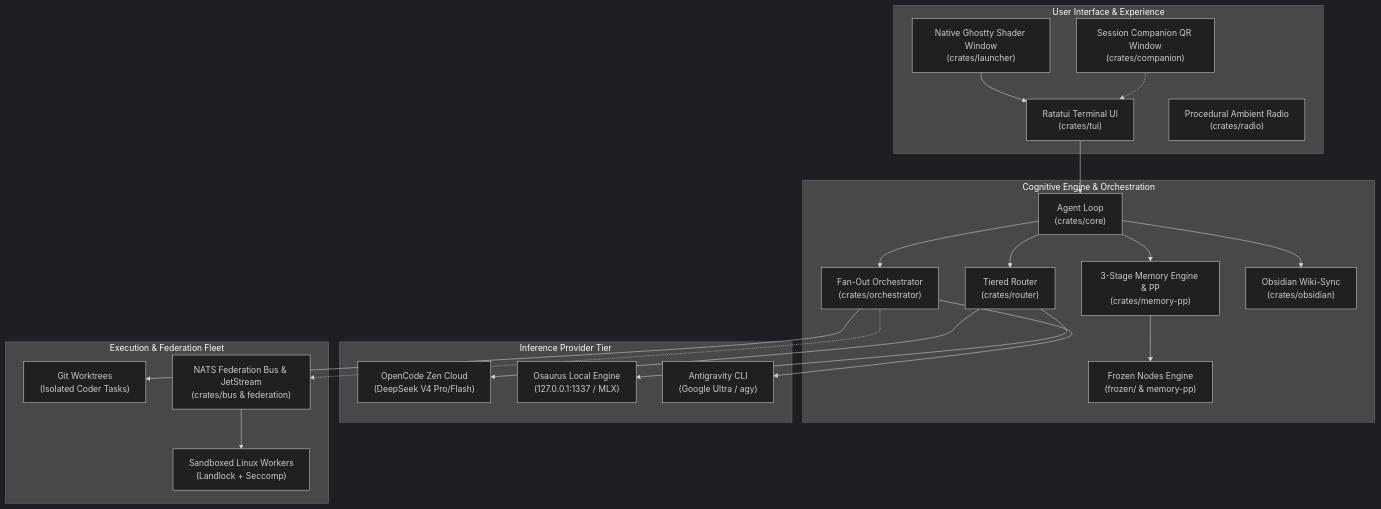
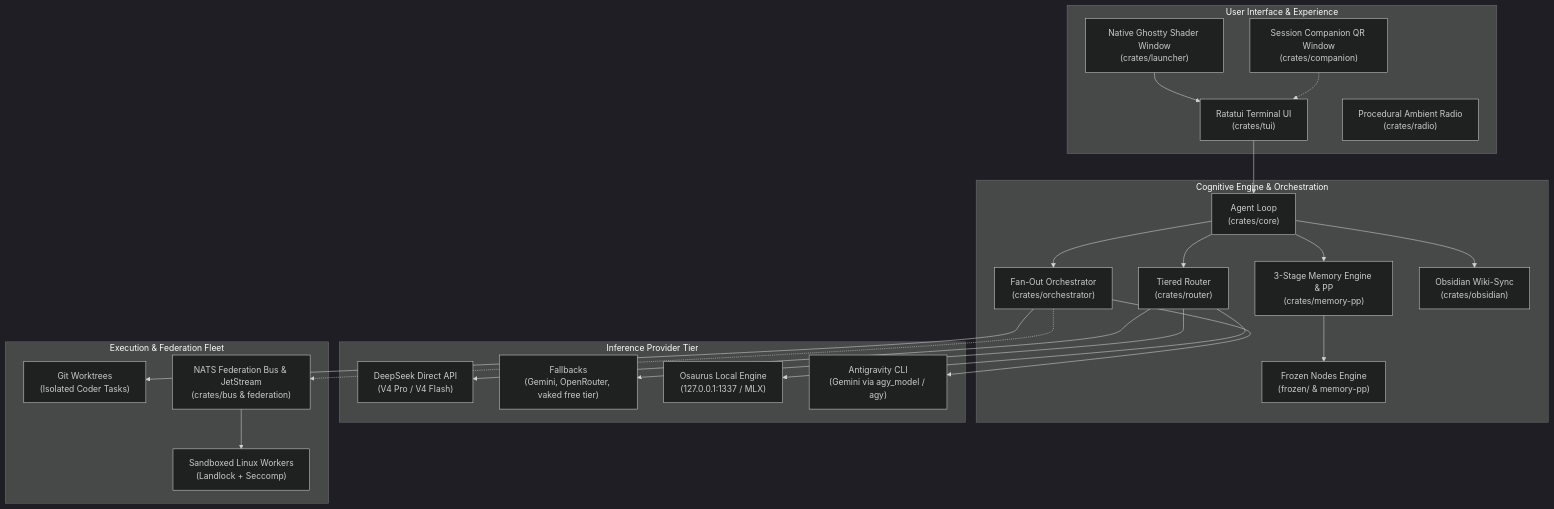
Before and after one commit to entropy-om/entheai: the first of 3 diagrams in docs/architecture.md, drawn with Mermaid (dark theme). The commit also changed other lines of this file and 34 other files, not shown here.

````diff
--- a/docs/architecture.md
+++ b/docs/architecture.md
@@ -15,45 +15,47 @@
 ```mermaid
 graph TD
     subgraph UI ["User Interface & Experience"]
         TUI["Ratatui Terminal UI\n(crates/tui)"]
         APP["Native Ghostty Shader Window\n(crates/launcher)"]
         COMP["Session Companion QR Window\n(crates/companion)"]
         RADIO["Procedural Ambient Radio\n(crates/radio)"]
     end
 
     subgraph Core ["Cognitive Engine & Orchestration"]
         AG["Agent Loop\n(crates/core)"]
         RT["Tiered Router\n(crates/router)"]
         FO["Fan-Out Orchestrator\n(crates/orchestrator)"]
         MPP["3-Stage Memory Engine & PP\n(crates/memory-pp)"]
         FN["Frozen Nodes Engine\n(frozen/ & memory-pp)"]
         OBS["Obsidian Wiki-Sync\n(crates/obsidian)"]
     end
 
     subgraph Providers ["Inference Provider Tier"]
-        ZEN["OpenCode Zen Cloud\n(DeepSeek V4 Pro/Flash)"]
+        DS["DeepSeek Direct API\n(V4 Pro / V4 Flash)"]
+        FB["Fallbacks\n(Gemini, OpenRouter, vaked free tier)"]
         OSA["Osaurus Local Engine\n(127.0.0.1:1337 / MLX)"]
-        AGY["Antigravity CLI\n(Google Ultra / agy)"]
+        AGY["Antigravity CLI\n(Gemini via agy_model / agy)"]
     end
 
     subgraph Execution ["Execution & Federation Fleet"]
         GW["Git Worktrees\n(Isolated Coder Tasks)"]
         NATS["NATS Federation Bus & JetStream\n(crates/bus & federation)"]
         WORKER["Sandboxed Linux Workers\n(Landlock + Seccomp)"]
     end
 
     TUI --> AG
     APP --> TUI
     COMP -.-> TUI
     AG --> RT
-    RT --> ZEN
+    RT --> DS
+    RT --> FB
     RT --> OSA
     AG --> FO
     FO --> GW
     FO --> AGY
     FO -.-> NATS
     NATS --> WORKER
     AG --> MPP
     MPP --> FN
     AG --> OBS
 ```
````
